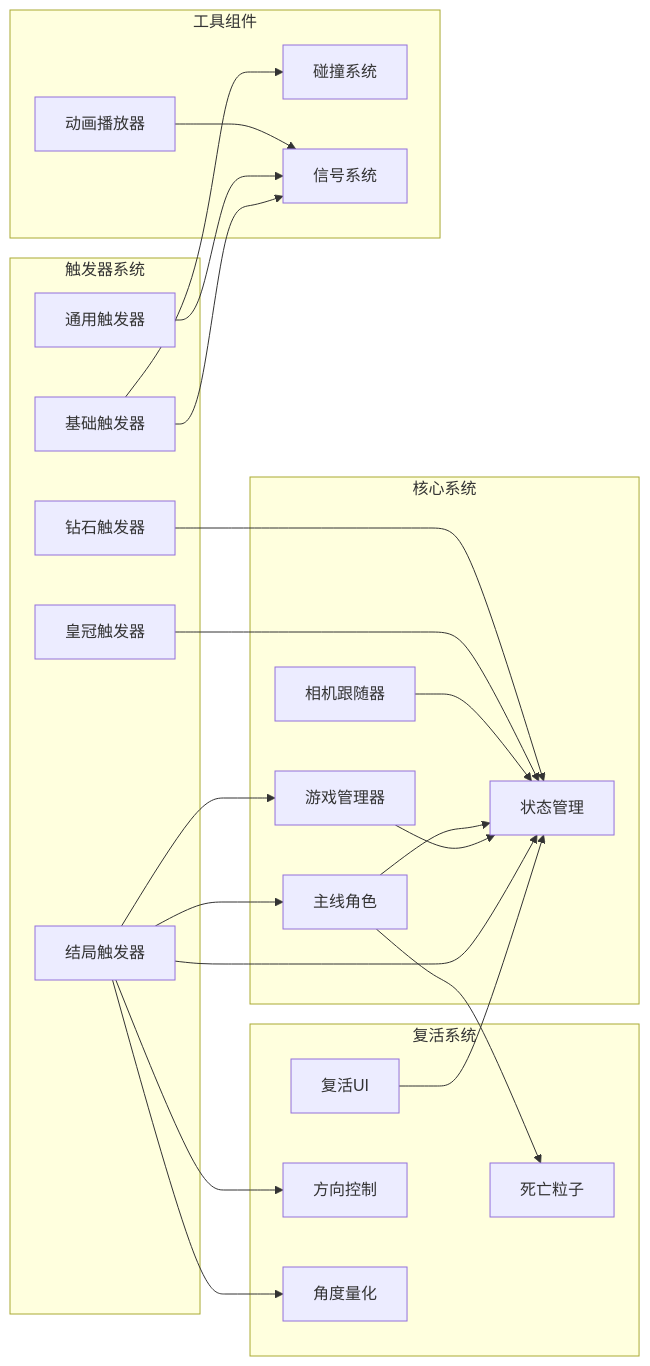
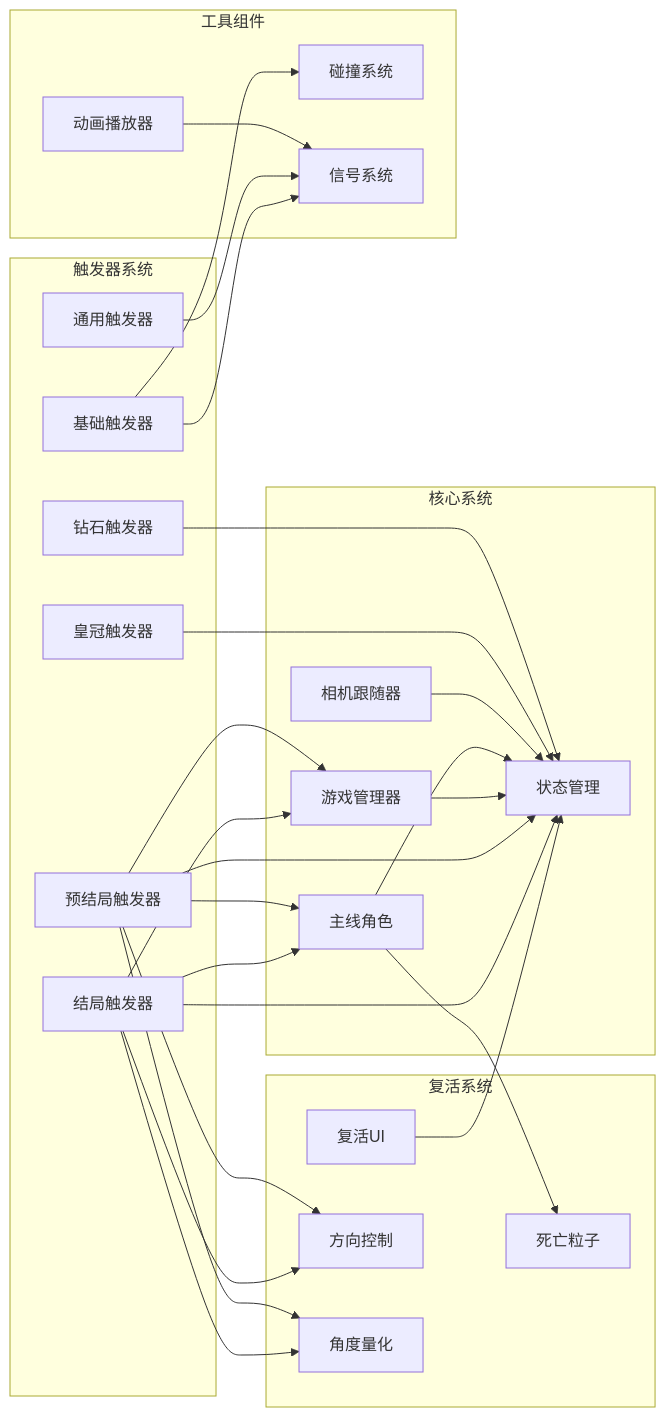
Before and after one commit to godotline/godot-line: the ninth of 9 diagrams in .qoder/repowiki/zh/content/游戏系统/触发器系统/结局触发器.md, drawn with Mermaid. The commit also changed other lines of this file and 13 other files, not shown here.

````diff
--- a/.qoder/repowiki/zh/content/游戏系统/触发器系统/结局触发器.md
+++ b/.qoder/repowiki/zh/content/游戏系统/触发器系统/结局触发器.md
@@ -484,43 +553,49 @@
 ```mermaid
 graph LR
 subgraph "触发器系统"
 BaseTrigger[基础触发器]
 Ending[结局触发器]
+PreEnding[预结局触发器]
 Trigger[通用触发器]
 Crown[皇冠触发器]
 Diamond[钻石触发器]
 end
 subgraph "核心系统"
 GameManager[游戏管理器]
 State[状态管理]
 MainLine[主线角色]
 CameraFollower[相机跟随器]
 end
 subgraph "复活系统"
 DeathParticle[死亡粒子]
 ReviveUI[复活UI]
 DirectionControl[方向控制]
 AngleQuantization[角度量化]
 end
 subgraph "工具组件"
 AnimationPlayer[动画播放器]
 CollisionSystem[碰撞系统]
 SignalSystem[信号系统]
 end
 BaseTrigger --> SignalSystem
 BaseTrigger --> CollisionSystem
 Ending --> GameManager
 Ending --> State
 Ending --> MainLine
 Ending --> DirectionControl
 Ending --> AngleQuantization
+PreEnding --> GameManager
+PreEnding --> State
+PreEnding --> MainLine
+PreEnding --> DirectionControl
+PreEnding --> AngleQuantization
 GameManager --> State
 MainLine --> State
 MainLine --> DeathParticle
 CameraFollower --> State
 ReviveUI --> State
 Trigger --> SignalSystem
 Crown --> State
 Diamond --> State
 AnimationPlayer --> SignalSystem
 ```
````
